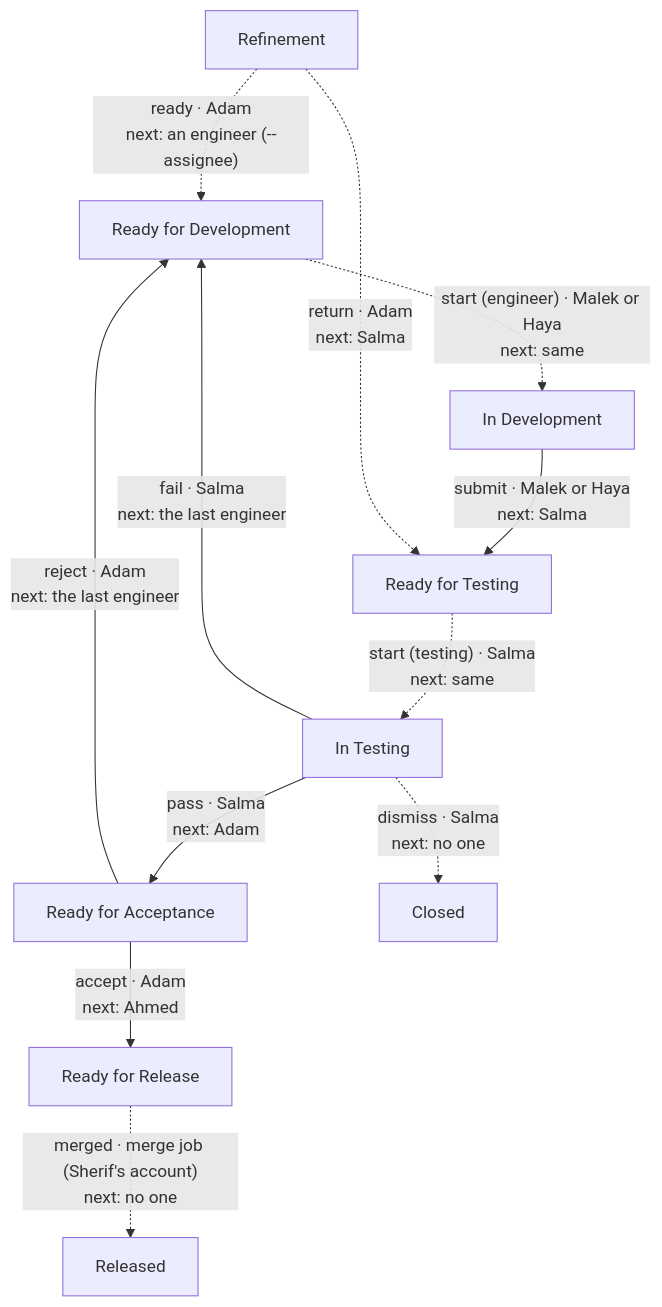
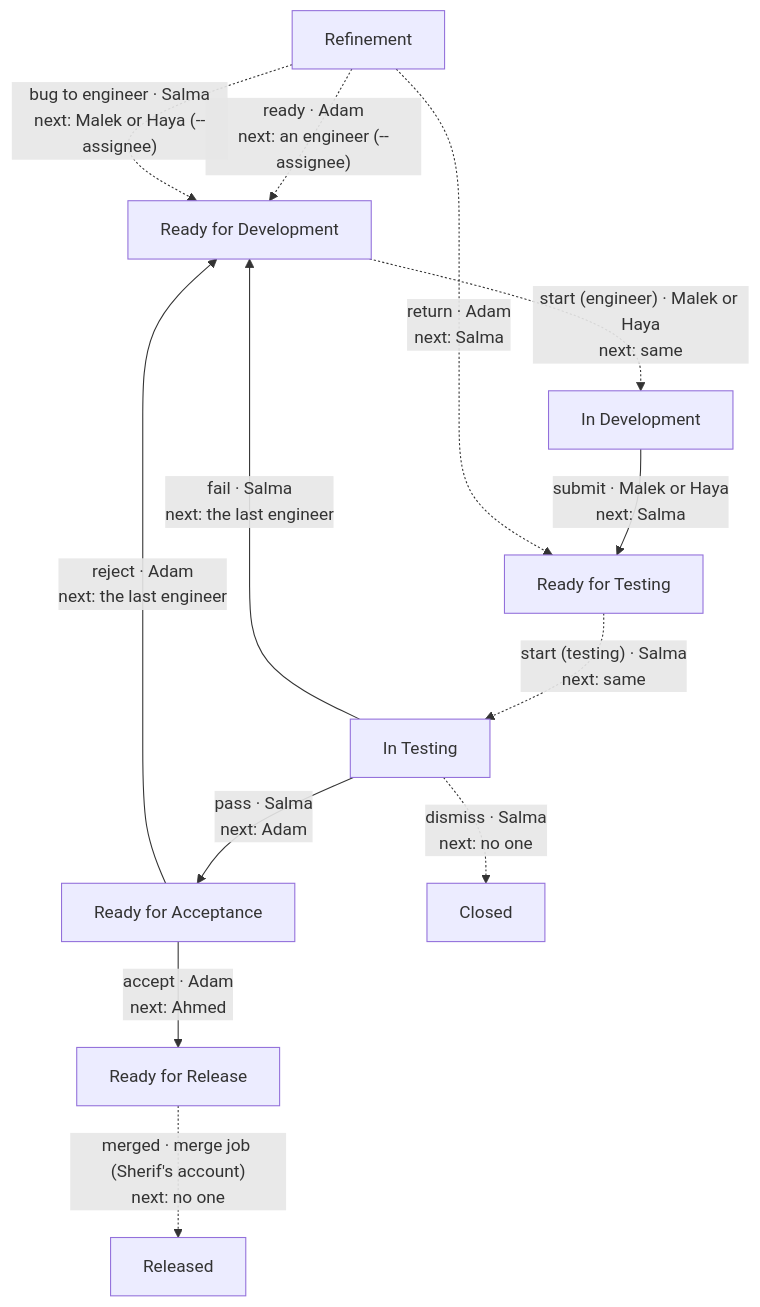
One commit to ahmedoraby-eng/engineering-playbook changed the diagram in standards/dfp-flow.md. Above: the diagram before and after it, drawn with Mermaid. The commit also changed other lines of this file and 3 other files, not shown here.

````diff
--- a/standards/dfp-flow.md
+++ b/standards/dfp-flow.md
@@ -7,23 +9,24 @@
 ```mermaid
 flowchart TD
     refinement["Refinement"]
     ready_for_development["Ready for Development"]
     ready_for_testing["Ready for Testing"]
     in_development["In Development"]
     in_testing["In Testing"]
     ready_for_acceptance["Ready for Acceptance"]
     closed["Closed"]
     ready_for_release["Ready for Release"]
     released["Released"]
     in_development -->|"submit · Malek or Haya<br/>next: Salma"| ready_for_testing
     in_testing -->|"pass · Salma<br/>next: Adam"| ready_for_acceptance
     in_testing -->|"fail · Salma<br/>next: the last engineer"| ready_for_development
     ready_for_acceptance -->|"accept · Adam<br/>next: Ahmed"| ready_for_release
     ready_for_acceptance -->|"reject · Adam<br/>next: the last engineer"| ready_for_development
     refinement -.->|"ready · Adam<br/>next: an engineer (--assignee)"| ready_for_development
     refinement -.->|"return · Adam<br/>next: Salma"| ready_for_testing
+    refinement -.->|"bug to engineer · Salma<br/>next: Malek or Haya (--assignee)"| ready_for_development
     ready_for_development -.->|"start (engineer) · Malek or Haya<br/>next: same"| in_development
     ready_for_testing -.->|"start (testing) · Salma<br/>next: same"| in_testing
     in_testing -.->|"dismiss · Salma<br/>next: no one"| closed
     ready_for_release -.->|"merged · merge job (Sherif's account)<br/>next: no one"| released
 ```
````
